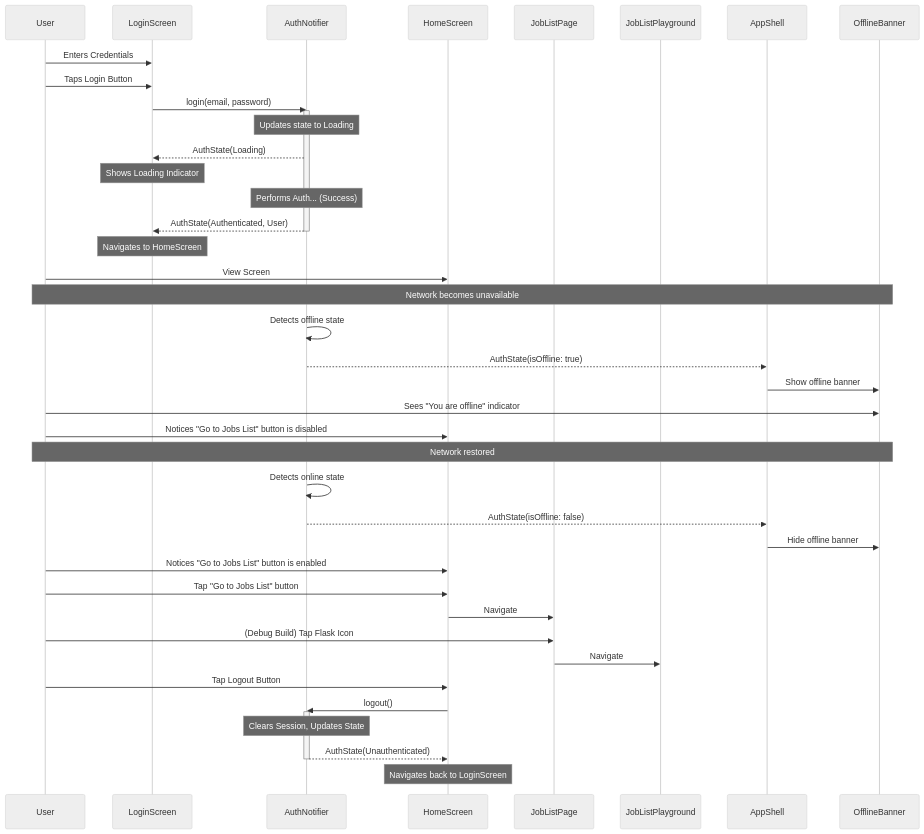
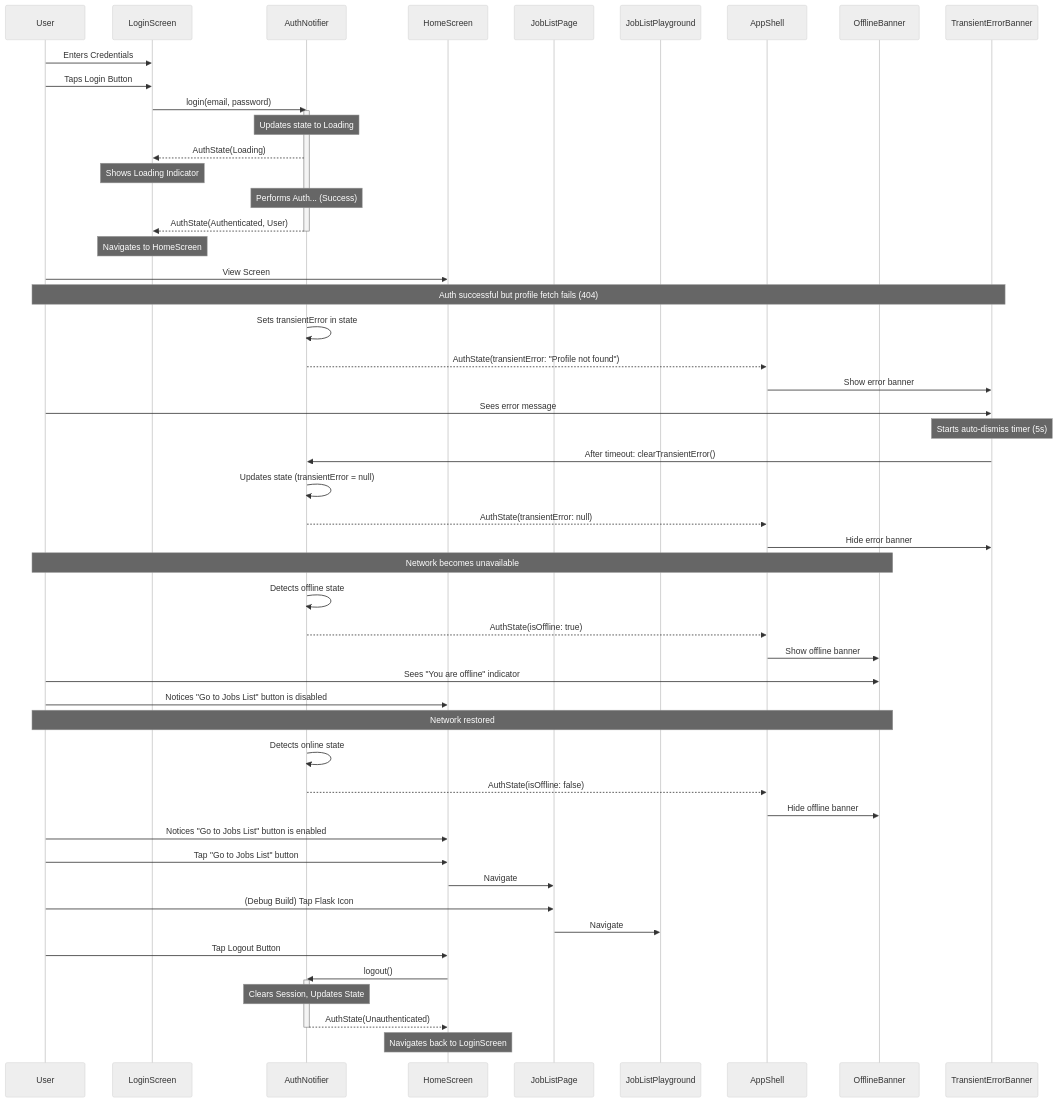
Before and after one commit to MediScribe/docjet-mobile: the second of 2 diagrams in docs/current/ui-screens-overview.md, drawn with Mermaid (neutral theme). The commit also changed other lines of this file and 4 other files, not shown here.

First line of the commit message:
docs: Add TransientError banner architecture

````diff
--- a/docs/current/ui-screens-overview.md
+++ b/docs/current/ui-screens-overview.md
@@ -34,57 +35,70 @@
 ```mermaid
 sequenceDiagram
     participant User
     participant LoginScreen
     participant AuthNotifier
     participant HomeScreen
     participant JobListPage
     participant JobListPlayground
     participant AppShell
     participant OfflineBanner
+    participant TransientErrorBanner
 
     %% Login Flow
     User->>LoginScreen: Enters Credentials
     User->>LoginScreen: Taps Login Button
     LoginScreen->>AuthNotifier: login(email, password)
     activate AuthNotifier
     Note over AuthNotifier: Updates state to Loading
     AuthNotifier-->>LoginScreen: AuthState(Loading)
     Note over LoginScreen: Shows Loading Indicator
     Note over AuthNotifier: Performs Auth... (Success)
     AuthNotifier-->>LoginScreen: AuthState(Authenticated, User)
     deactivate AuthNotifier
     Note over LoginScreen: Navigates to HomeScreen
 
     %% Post-Login & Intended Navigation
     User->>HomeScreen: View Screen
+    
+    %% Transient Error Scenario
+    Note over User,TransientErrorBanner: Auth successful but profile fetch fails (404)
+    AuthNotifier->>AuthNotifier: Sets transientError in state
+    AuthNotifier-->>AppShell: AuthState(transientError: "Profile not found")
+    AppShell->>TransientErrorBanner: Show error banner
+    User->>TransientErrorBanner: Sees error message
+    Note over TransientErrorBanner: Starts auto-dismiss timer (5s)
+    TransientErrorBanner->>AuthNotifier: After timeout: clearTransientError()
+    AuthNotifier->>AuthNotifier: Updates state (transientError = null)
+    AuthNotifier-->>AppShell: AuthState(transientError: null)
+    AppShell->>TransientErrorBanner: Hide error banner
     
     %% Offline Scenario
     Note over User,OfflineBanner: Network becomes unavailable
     AuthNotifier->>AuthNotifier: Detects offline state
     AuthNotifier-->>AppShell: AuthState(isOffline: true)
     AppShell->>OfflineBanner: Show offline banner
     User->>OfflineBanner: Sees "You are offline" indicator
     User->>HomeScreen: Notices "Go to Jobs List" button is disabled
     
     %% Online Scenario
     Note over User,OfflineBanner: Network restored
     AuthNotifier->>AuthNotifier: Detects online state
     AuthNotifier-->>AppShell: AuthState(isOffline: false)
     AppShell->>OfflineBanner: Hide offline banner
     User->>HomeScreen: Notices "Go to Jobs List" button is enabled
     User->>HomeScreen: Tap "Go to Jobs List" button
     HomeScreen->>JobListPage: Navigate
 
     %% Debug Playground Navigation (Optional)
     User->>JobListPage: (Debug Build) Tap Flask Icon
     JobListPage->>JobListPlayground: Navigate
 
     %% Logout Flow
     User->>HomeScreen: Tap Logout Button
     HomeScreen->>AuthNotifier: logout()
     activate AuthNotifier
     Note over AuthNotifier: Clears Session, Updates State
     AuthNotifier-->>HomeScreen: AuthState(Unauthenticated)
     deactivate AuthNotifier
     Note over HomeScreen: Navigates back to LoginScreen
 ```
````
